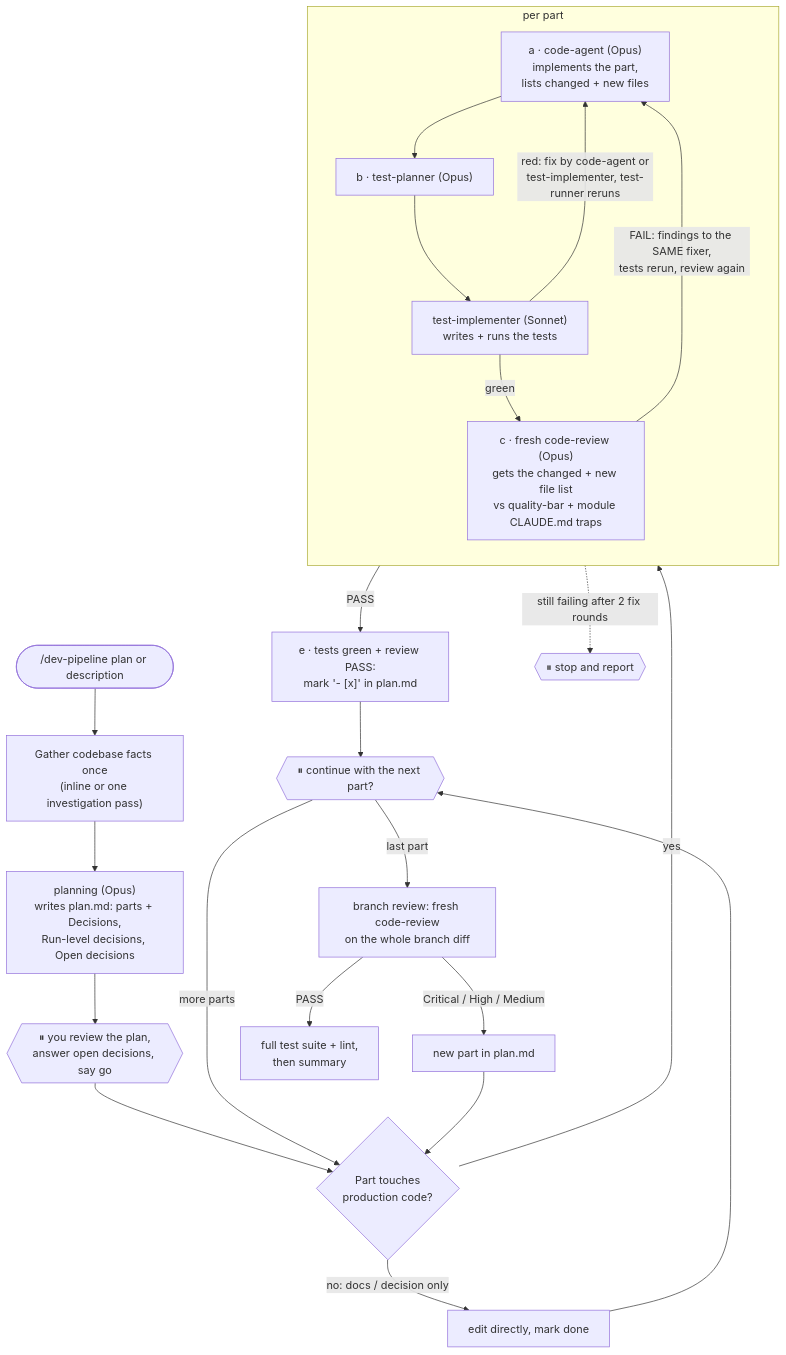
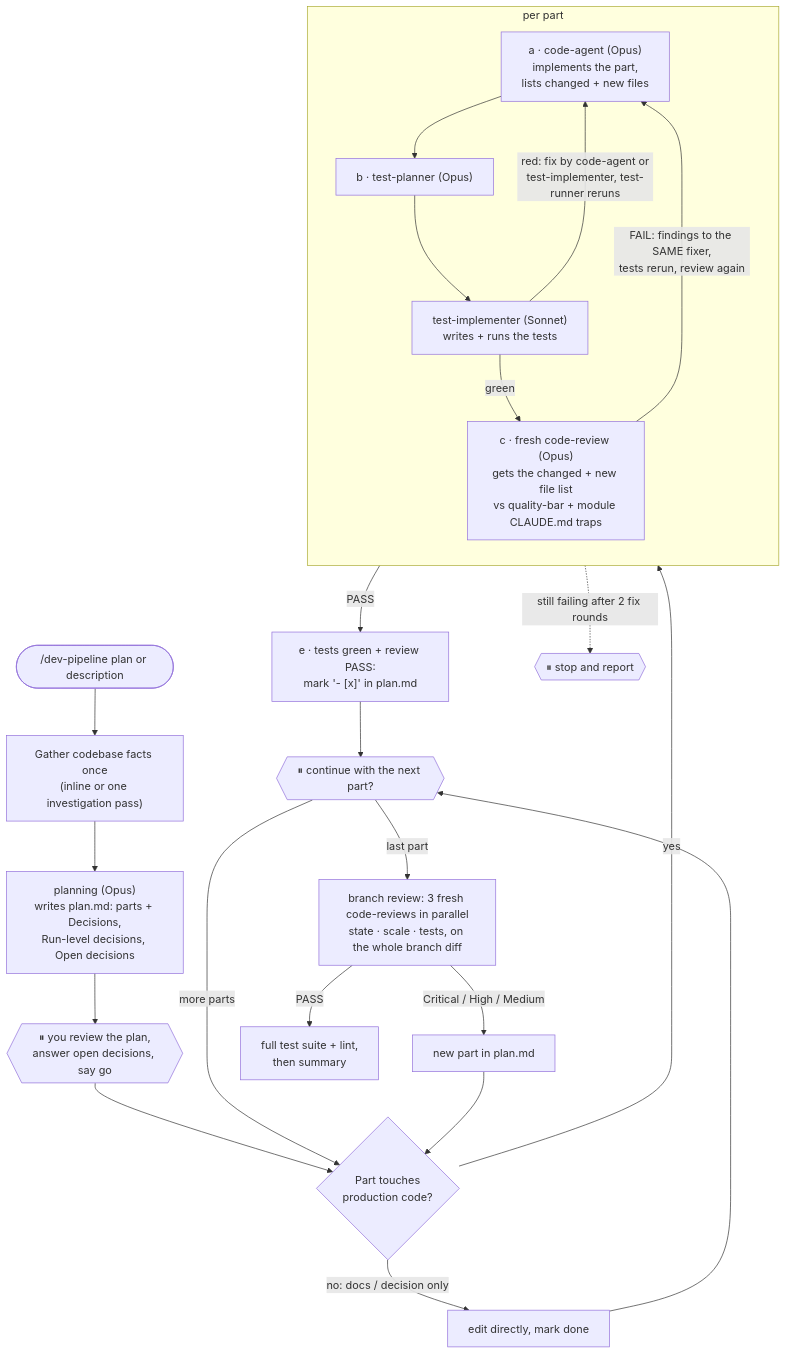
One commit to mxrpr/dev-pipeline-kit changed the diagram in docs/dev-pipeline.md. Above: the diagram before and after it, drawn with Mermaid. The commit also changed other lines of this file and 9 other files, not shown here.

First line of the commit message:
feat(agents): guard tests, state across runs, scale numbers, 3-lens branch review

````diff
--- a/docs/dev-pipeline.md
+++ b/docs/dev-pipeline.md
@@ -14,27 +14,27 @@
 ```mermaid
 flowchart TD
     IN(["/dev-pipeline plan or description"]) --> INV["Gather codebase facts once<br/>(inline or one investigation pass)"]
     INV --> PL["planning (Opus)<br/>writes plan.md: parts + Decisions,<br/>Run-level decisions, Open decisions"]
     PL --> G1{{"⏸ you review the plan,<br/>answer open decisions, say go"}}
     G1 --> FAST{"Part touches<br/>production code?"}
 
     FAST -->|"no: docs / decision only"| EDIT["edit directly, mark done"]
     FAST -->|yes| IMP
 
     subgraph PART [" per part "]
         direction TB
         IMP["a · code-agent (Opus)<br/>implements the part,<br/>lists changed + new files"] --> TP["b · test-planner (Opus)"] --> TI["test-implementer (Sonnet)<br/>writes + runs the tests"]
         TI -->|"red: fix by code-agent or<br/>test-implementer, test-runner reruns"| IMP
         TI -->|green| REV["c · fresh code-review (Opus)<br/>gets the changed + new file list<br/>vs quality-bar + module CLAUDE.md traps"]
         REV -->|"FAIL: findings to the SAME fixer,<br/>tests rerun, review again"| IMP
     end
 
     REV -->|PASS| DONE["e · tests green + review PASS:<br/>mark '- [x]' in plan.md"]
     EDIT --> NEXT
     DONE --> NEXT{{"⏸ continue with the next part?"}}
     NEXT -->|"more parts"| FAST
-    NEXT -->|"last part"| BR["branch review: fresh code-review<br/>on the whole branch diff"]
+    NEXT -->|"last part"| BR["branch review: 3 fresh code-reviews in parallel<br/>state · scale · tests, on the whole branch diff"]
     BR -->|"Critical / High / Medium"| NEWP["new part in plan.md"] --> FAST
     BR -->|PASS| END["full test suite + lint,<br/>then summary"]
     PART -. "still failing after 2 fix rounds" .-> STOP{{"⏸ stop and report"}}
 ```
````
